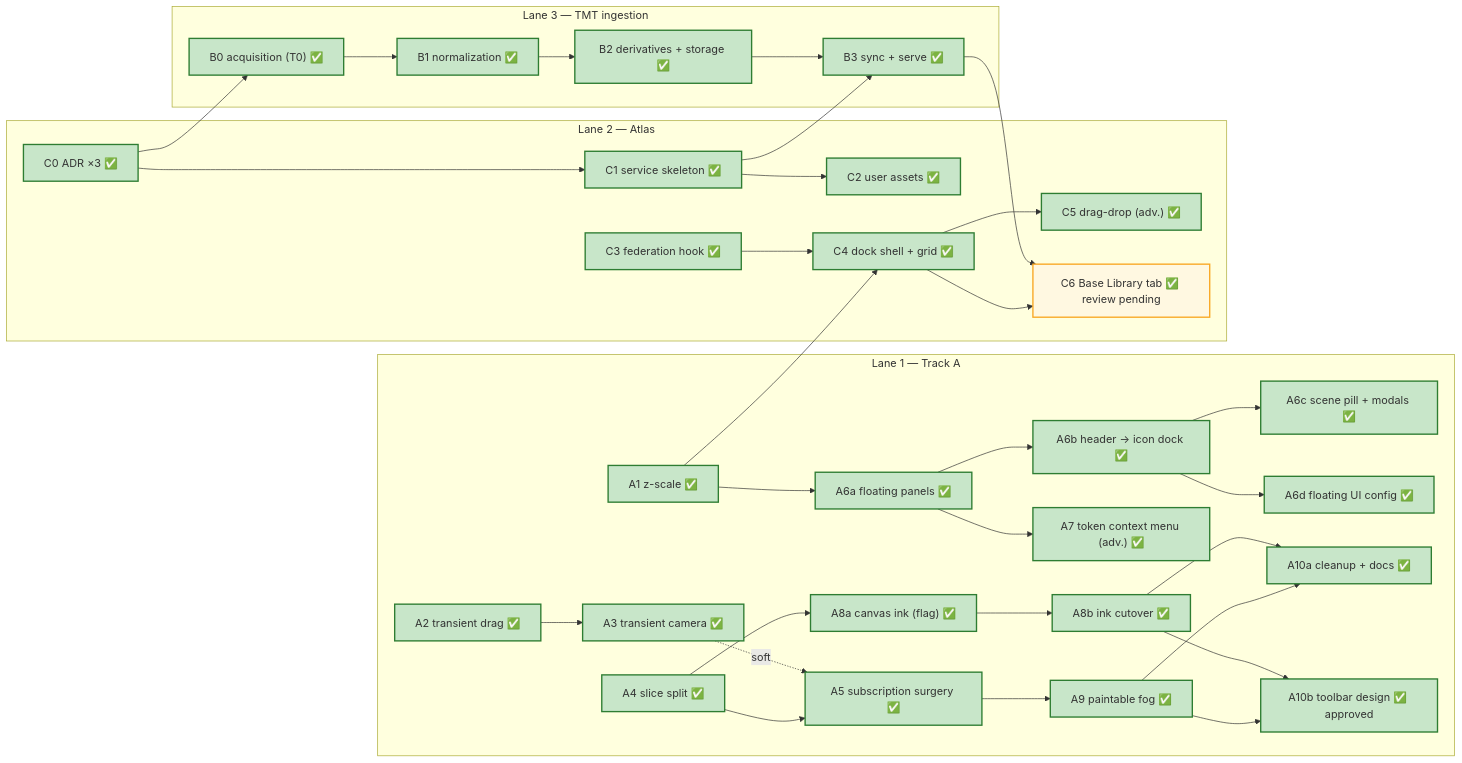
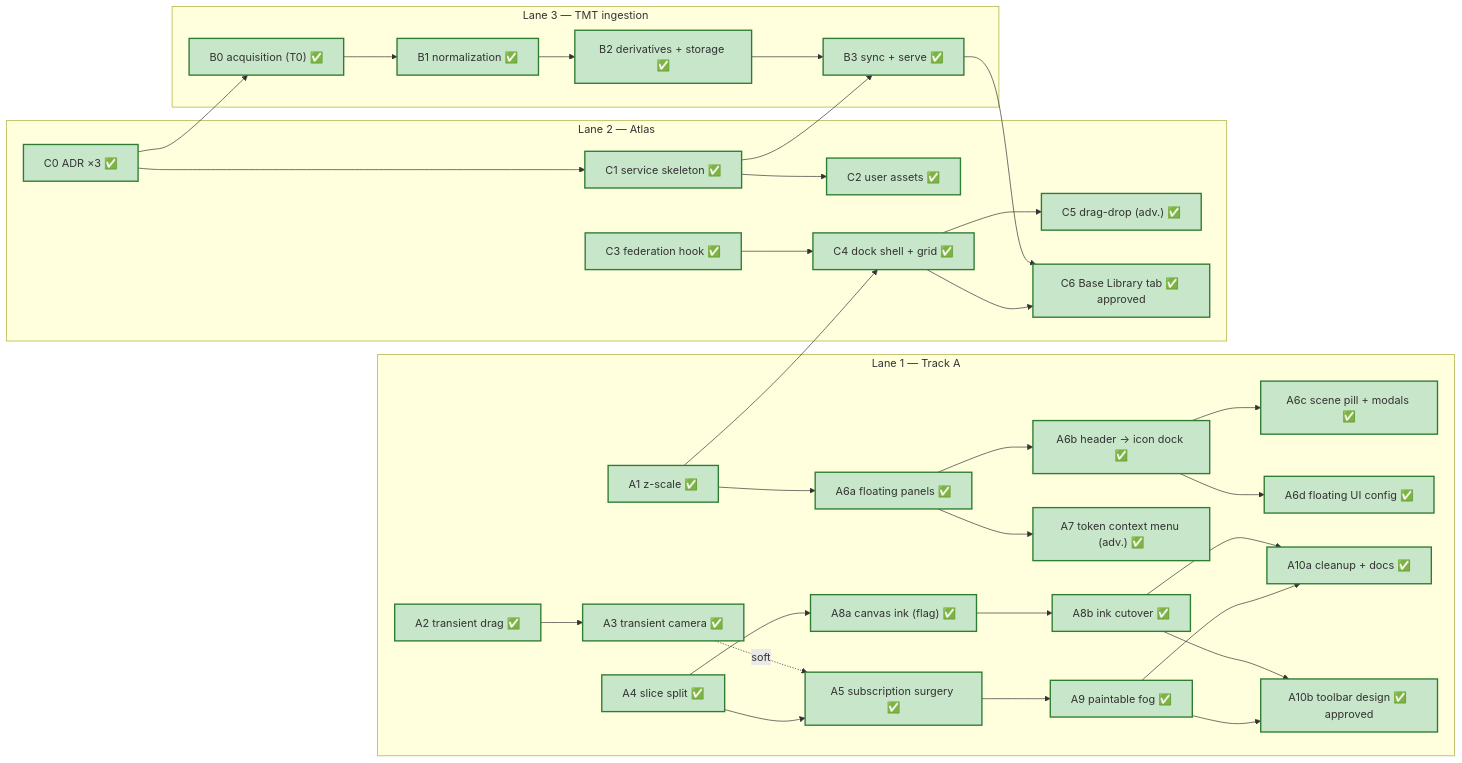
Before and after one commit to joelmale/nexusVTT: the diagram in docs/roadmap/ROADMAP.md, drawn with Mermaid. The commit also changed other lines of this file and 24 other files, not shown here.

````diff
--- a/docs/roadmap/ROADMAP.md
+++ b/docs/roadmap/ROADMAP.md
@@ -46,62 +46,62 @@
 ```mermaid
 flowchart LR
   classDef gate stroke:#e11,stroke-width:3px
   classDef adr fill:#f4e8ff,stroke:#95f
   classDef done fill:#c8e6c9,stroke:#2e7d32,stroke-width:2px
   classDef pending fill:#fff8e1,stroke:#f9a825,stroke-width:2px
   classDef ready fill:#e3f2fd,stroke:#1976d2,stroke-width:2px
 
   subgraph LaneA["Lane 1 — Track A"]
     A1["A1 z-scale ✅"]:::done
     A2["A2 transient drag ✅"]:::done
     A3["A3 transient camera ✅"]:::done
     A4["A4 slice split ✅"]:::done
     A5["A5 subscription surgery ✅"]:::done
     A6a["A6a floating panels ✅"]:::done
     A6b["A6b header → icon dock ✅"]:::done
     A6c["A6c scene pill + modals ✅"]:::done
     A6d["A6d floating UI config ✅"]:::done
     A7["A7 token context menu (adv.) ✅"]:::done
     A8a["A8a canvas ink (flag) ✅"]:::done
     A8b["A8b ink cutover ✅"]:::done
     A9["A9 paintable fog ✅"]:::done
     A10a["A10a cleanup + docs ✅"]:::done
     A10b["A10b toolbar design ✅ approved"]:::done
   end
 
   subgraph LaneC["Lane 2 — Atlas"]
     C0["C0 ADR ×3 ✅"]:::done
     C1["C1 service skeleton ✅"]:::done
     C2["C2 user assets ✅"]:::done
     C3["C3 federation hook ✅"]:::done
     C4["C4 dock shell + grid ✅"]:::done
     C5["C5 drag-drop (adv.) ✅"]:::done
-    C6["C6 Base Library tab ✅ review pending"]:::pending
+    C6["C6 Base Library tab ✅ approved"]:::done
   end
 
   subgraph LaneB["Lane 3 — TMT ingestion"]
     B0["B0 acquisition (T0) ✅"]:::done
     B1["B1 normalization ✅"]:::done
     B2["B2 derivatives + storage ✅"]:::done
     B3["B3 sync + serve ✅"]:::done
   end
 
   A2 --> A3
   A3 -.soft.-> A5
   A4 --> A5
   A1 --> A6a --> A6b --> A6c
   A6b --> A6d
   A6a --> A7
   A4 --> A8a --> A8b
   A5 --> A9
   A8b & A9 --> A10a
   A8b & A9 --> A10b
 
   C0 --> C1 --> C2
   C0 --> B0 --> B1 --> B2 --> B3
   C1 --> B3
   C3 --> C4 --> C5
   A1 --> C4
   B3 --> C6
   C4 --> C6
 ```
````
